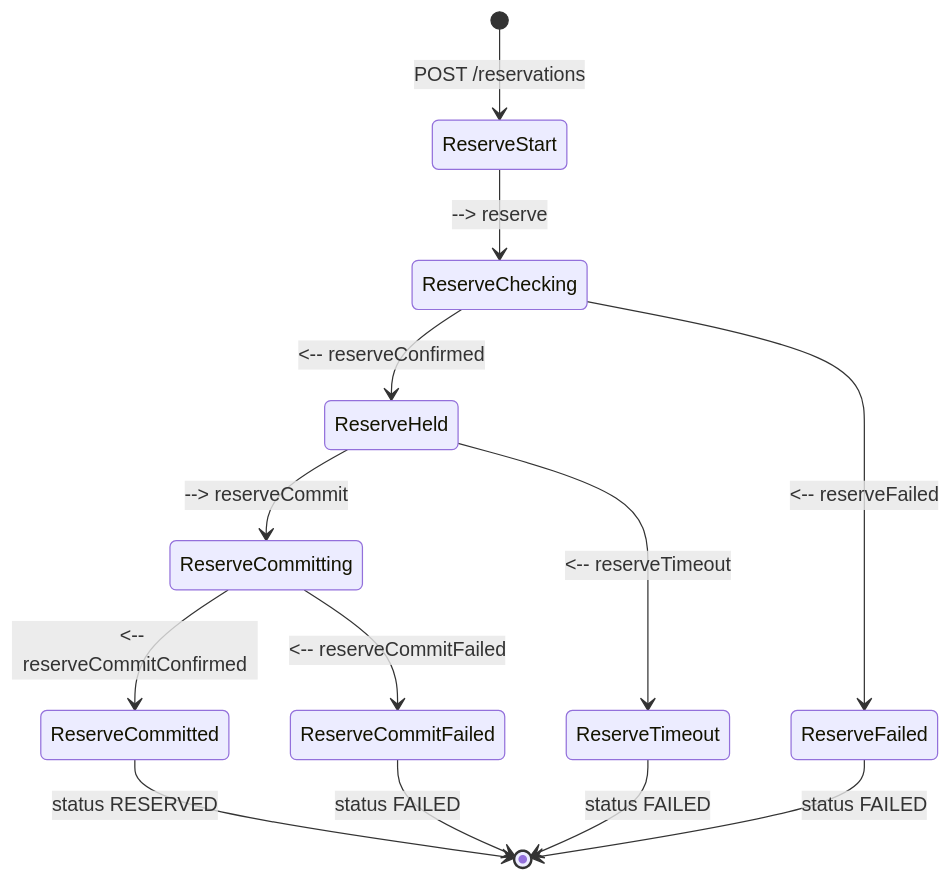
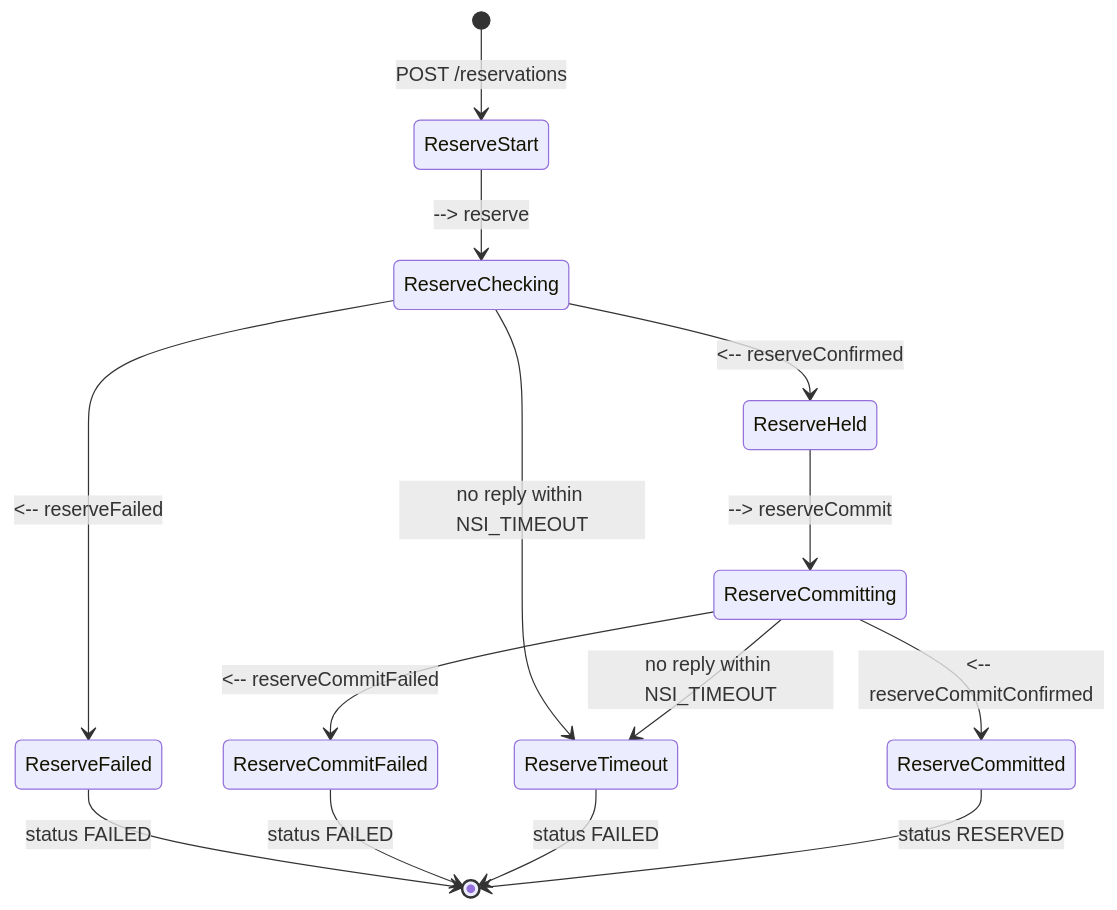
One commit to workfloworchestrator/nsi-aggregator-proxy changed the third of 6 diagrams in README.md. Above: the diagram before and after it, drawn with Mermaid. The commit also changed other lines of this file and 17 other files, not shown here.

````diff
--- a/README.md
+++ b/README.md
@@ -468,18 +476,19 @@
 ```mermaid
 stateDiagram-v2
     [*] --> ReserveStart : POST /reservations
     state ReserveStart <<choice>>
     ReserveStart --> ReserveChecking : --> reserve
     state ReserveChecking <<choice>>
     ReserveChecking --> ReserveHeld : <-- reserveConfirmed
     ReserveChecking --> ReserveFailed : <-- reserveFailed
+    ReserveChecking --> ReserveTimeout : no reply within NSI_TIMEOUT
     ReserveHeld --> ReserveCommitting : --> reserveCommit
     state ReserveCommitting <<choice>>
-    ReserveHeld --> ReserveTimeout : <-- reserveTimeout
+    ReserveCommitting --> ReserveTimeout : no reply within NSI_TIMEOUT
     ReserveCommitting --> ReserveCommitted : <-- reserveCommitConfirmed
     ReserveCommitting --> ReserveCommitFailed : <-- reserveCommitFailed
     ReserveFailed --> [*] :  status FAILED
     ReserveCommitFailed --> [*] :  status FAILED
     ReserveTimeout --> [*] :  status FAILED
     ReserveCommitted --> [*] : status RESERVED
 ```
````
